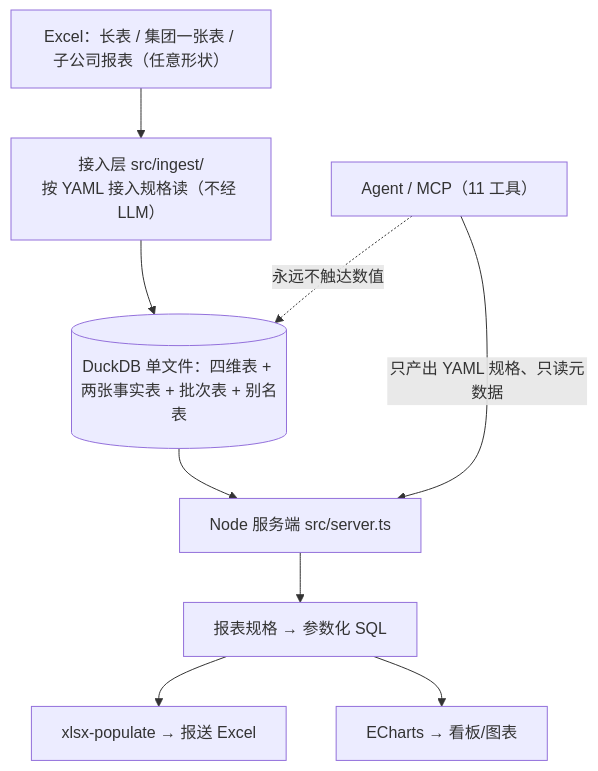
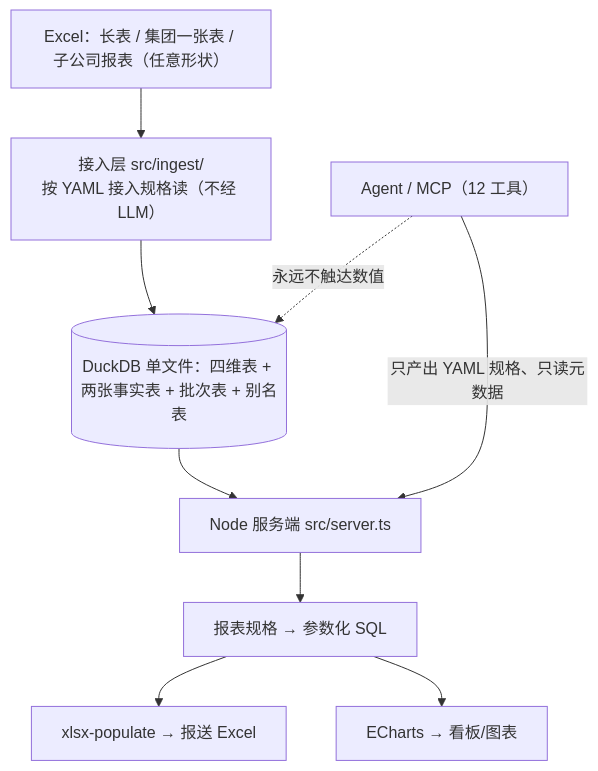
The diagram in docs/需求与架构.md (Iliyasfiel/bi-lite), drawn with Mermaid before and after one commit. The commit also changed other lines of this file and 3 other files, not shown here.

````diff
--- a/docs/需求与架构.md
+++ b/docs/需求与架构.md
@@ -922,11 +939,11 @@
 ```mermaid
 flowchart TB
   E["Excel：长表 / 集团一张表 / 子公司报表（任意形状）"] --> ING["接入层 src/ingest/<br/>按 YAML 接入规格读（不经 LLM）"]
   ING --> DB[("DuckDB 单文件：四维表 + 两张事实表 + 批次表 + 别名表")]
   DB --> SERVER[Node 服务端 src/server.ts]
   SERVER --> SPEC[报表规格 → 参数化 SQL]
   SPEC --> XLS[xlsx-populate → 报送 Excel]
   SPEC --> CH[ECharts → 看板/图表]
-  MCP["Agent / MCP（11 工具）"] -- 只产出 YAML 规格、只读元数据 --> SERVER
+  MCP["Agent / MCP（12 工具）"] -- 只产出 YAML 规格、只读元数据 --> SERVER
   MCP -. 永远不触达数值 .-> DB
 ```
````
